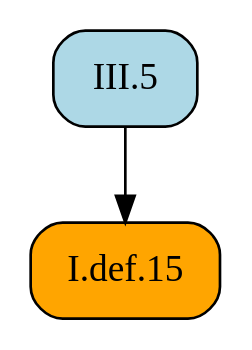
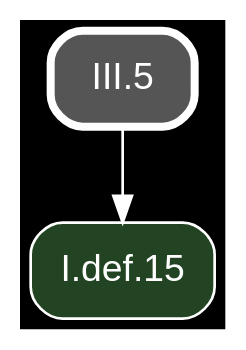
Before and after one commit to geometor/elements: the diagram in docsrc/heath/III/5/index.rst, drawn with Graphviz. The commit also changed other lines of this file and 1200 other files, not shown here.

Commit message:
update dependency graphs

```diff
--- a/docsrc/heath/III/5/index.rst
+++ b/docsrc/heath/III/5/index.rst
@@ -55,9 +55,11 @@
 .. graphviz::
 
    digraph {
+     bgcolor="black";
+     node [shape=box, style="rounded,filled", fontname="Helvetica", color="white", fontcolor="white"];
+     edge [color="white", fontcolor="white"];
      rankdir="TB";
-     node [shape=box, style=rounded];
-     "I.def.15" [style="rounded,filled", fillcolor=orange, URL="/heath/I/def.15/", target="_top"];
-     "III.5" [style="rounded,filled", fillcolor=lightblue, URL="/heath/III/5/", target="_top"];
+     "III.5" [penwidth=3, color="white", fillcolor="#555555", URL="/heath/III/5/", target="_top"];
+     "I.def.15" [fillcolor="#224422", URL="/heath/I/def.15/", target="_top"];
      "III.5" -> "I.def.15";
    }
```
